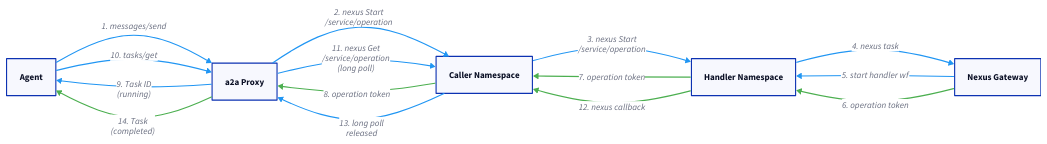
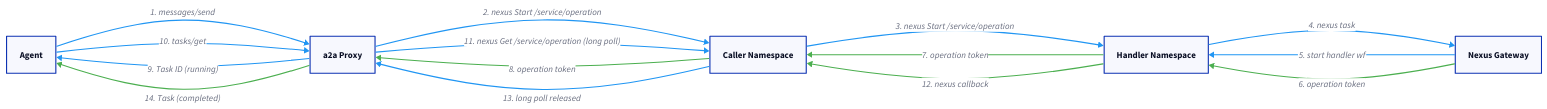
One commit to dandavison/seq2boxes changed the diagram in samples/05-nexus-complex/build/boxes-a2a.d2. Above: the diagram before and after it, drawn with D2. The commit also changed 23 other files, not shown here.

```diff
--- a/samples/05-nexus-complex/build/boxes-a2a.d2
+++ b/samples/05-nexus-complex/build/boxes-a2a.d2
@@ -1,55 +1,55 @@
 vars: {
   d2-config: {
     theme-id: 0
   }
 }
 
 direction: right
 
 "Agent" -> "a2a Proxy": "1. messages/send" {
   style.stroke: "#2196f3"
 }
-"a2a Proxy" -> "Caller Namespace": "2. nexus Start\n/service/operation" {
+"a2a Proxy" -> "Caller Namespace": "2. nexus Start /service/operation" {
   style.stroke: "#2196f3"
 }
-"Caller Namespace" -> "Handler Namespace": "3. nexus Start\n/service/operation" {
+"Caller Namespace" -> "Handler Namespace": "3. nexus Start /service/operation" {
   style.stroke: "#2196f3"
 }
 "Handler Namespace" -> "Nexus Gateway": "4. nexus task" {
   style.stroke: "#2196f3"
 }
 "Nexus Gateway" -> "Handler Namespace": "5. start handler wf" {
   style.stroke: "#2196f3"
 }
 "Nexus Gateway" -> "Handler Namespace": "6. operation token" {
   style.stroke: "#4caf50"
   style.stroke-width: 2
 }
 "Handler Namespace" -> "Caller Namespace": "7. operation token" {
   style.stroke: "#4caf50"
   style.stroke-width: 2
 }
 "Caller Namespace" -> "a2a Proxy": "8. operation token" {
   style.stroke: "#4caf50"
   style.stroke-width: 2
 }
-"a2a Proxy" -> "Agent": "9. Task ID\n(running)" {
+"a2a Proxy" -> "Agent": "9. Task ID (running)" {
   style.stroke: "#2196f3"
 }
 "Agent" -> "a2a Proxy": "10. tasks/get" {
   style.stroke: "#2196f3"
 }
-"a2a Proxy" -> "Caller Namespace": "11. nexus Get\n/service/operation\n(long poll)" {
+"a2a Proxy" -> "Caller Namespace": "11. nexus Get /service/operation (long poll)" {
   style.stroke: "#2196f3"
 }
 "Handler Namespace" -> "Caller Namespace": "12. nexus callback" {
   style.stroke: "#4caf50"
   style.stroke-width: 2
 }
-"Caller Namespace" -> "a2a Proxy": "13. long poll\nreleased" {
+"Caller Namespace" -> "a2a Proxy": "13. long poll released" {
   style.stroke: "#2196f3"
 }
-"a2a Proxy" -> "Agent": "14. Task\n(completed)" {
+"a2a Proxy" -> "Agent": "14. Task (completed)" {
   style.stroke: "#4caf50"
   style.stroke-width: 2
 }
```
